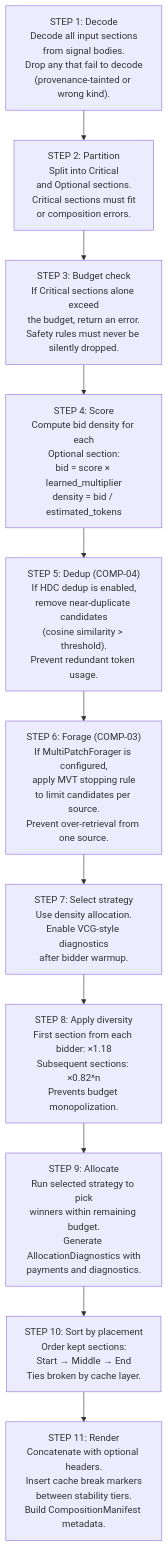
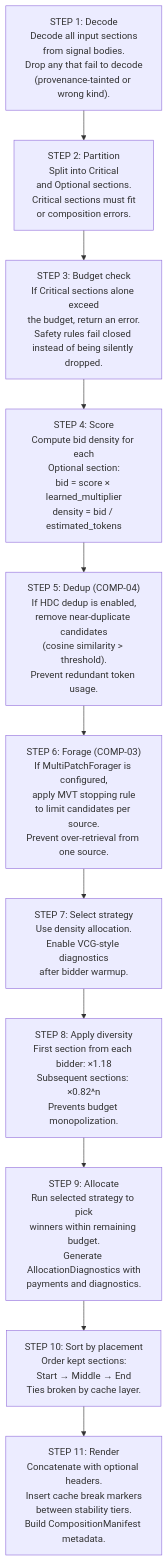
The fifth of 6 diagrams in tmp/context-memory/budget-composition.md (wpank/ironclaw), drawn with Mermaid before and after one commit. The commit also changed other lines of this file and 140 other files, not shown here.

````diff
--- a/tmp/context-memory/budget-composition.md
+++ b/tmp/context-memory/budget-composition.md
@@ -587,14 +587,14 @@
 ```mermaid
 flowchart TD
     S1["STEP 1: Decode\nDecode all input sections\nfrom signal bodies.\nDrop any that fail to decode\n(provenance-tainted or wrong kind)."] --> S2
     S2["STEP 2: Partition\nSplit into Critical\nand Optional sections.\nCritical sections must fit\nor composition errors."] --> S3
-    S3["STEP 3: Budget check\nIf Critical sections alone exceed\nthe budget, return an error.\nSafety rules must never be silently dropped."] --> S4
+    S3["STEP 3: Budget check\nIf Critical sections alone exceed\nthe budget, return an error.\nSafety rules fail closed instead of being silently dropped."] --> S4
     S4["STEP 4: Score\nCompute bid density for each\nOptional section:\nbid = score × learned_multiplier\ndensity = bid / estimated_tokens"] --> S5
     S5["STEP 5: Dedup (COMP-04)\nIf HDC dedup is enabled,\nremove near-duplicate candidates\n(cosine similarity > threshold).\nPrevent redundant token usage."] --> S6
     S6["STEP 6: Forage (COMP-03)\nIf MultiPatchForager is configured,\napply MVT stopping rule\nto limit candidates per source.\nPrevent over-retrieval from one source."] --> S7
     S7["STEP 7: Select strategy\nUse density allocation.\nEnable VCG-style diagnostics\nafter bidder warmup."] --> S8
     S8["STEP 8: Apply diversity\nFirst section from each bidder: ×1.18\nSubsequent sections: ×0.82^n\nPrevents budget monopolization."] --> S9
     S9["STEP 9: Allocate\nRun selected strategy to pick\nwinners within remaining budget.\nGenerate AllocationDiagnostics with\npayments and diagnostics."] --> S10
     S10["STEP 10: Sort by placement\nOrder kept sections:\nStart → Middle → End\nTies broken by cache layer."] --> S11
     S11["STEP 11: Render\nConcatenate with optional headers.\nInsert cache break markers\nbetween stability tiers.\nBuild CompositionManifest metadata."]
 ```
````
